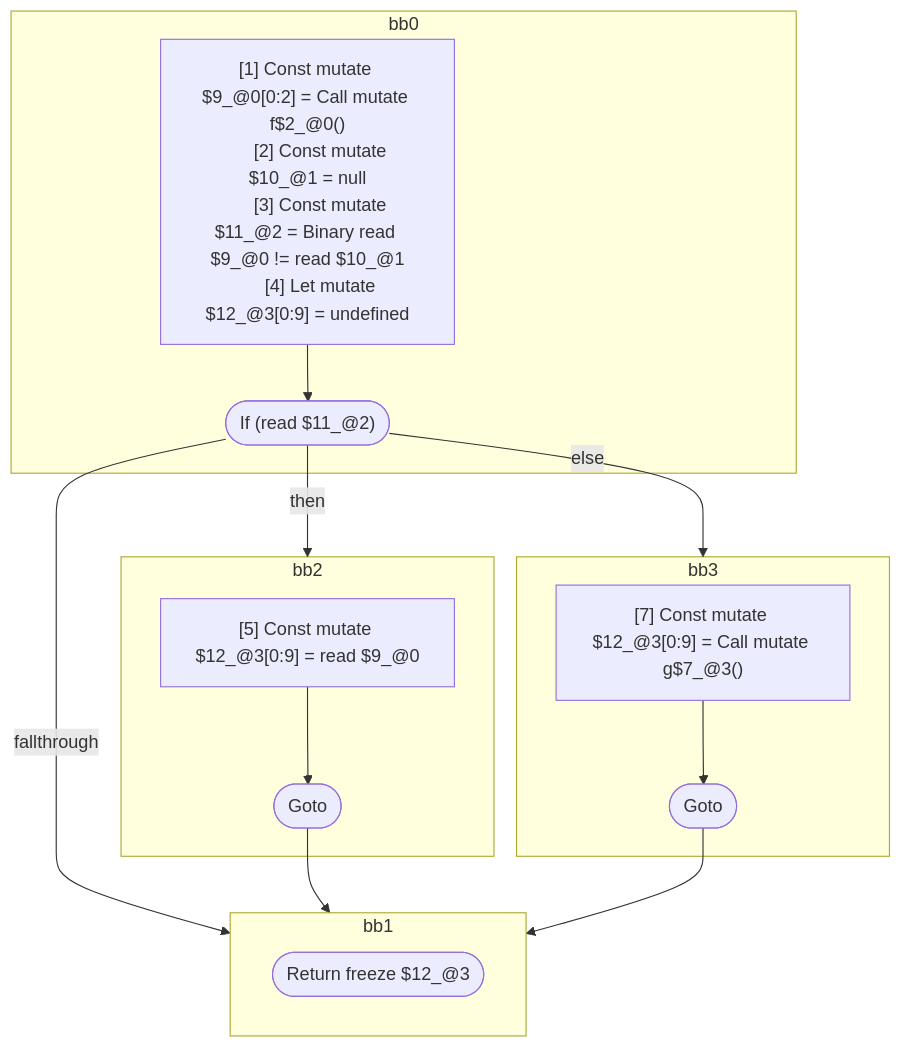
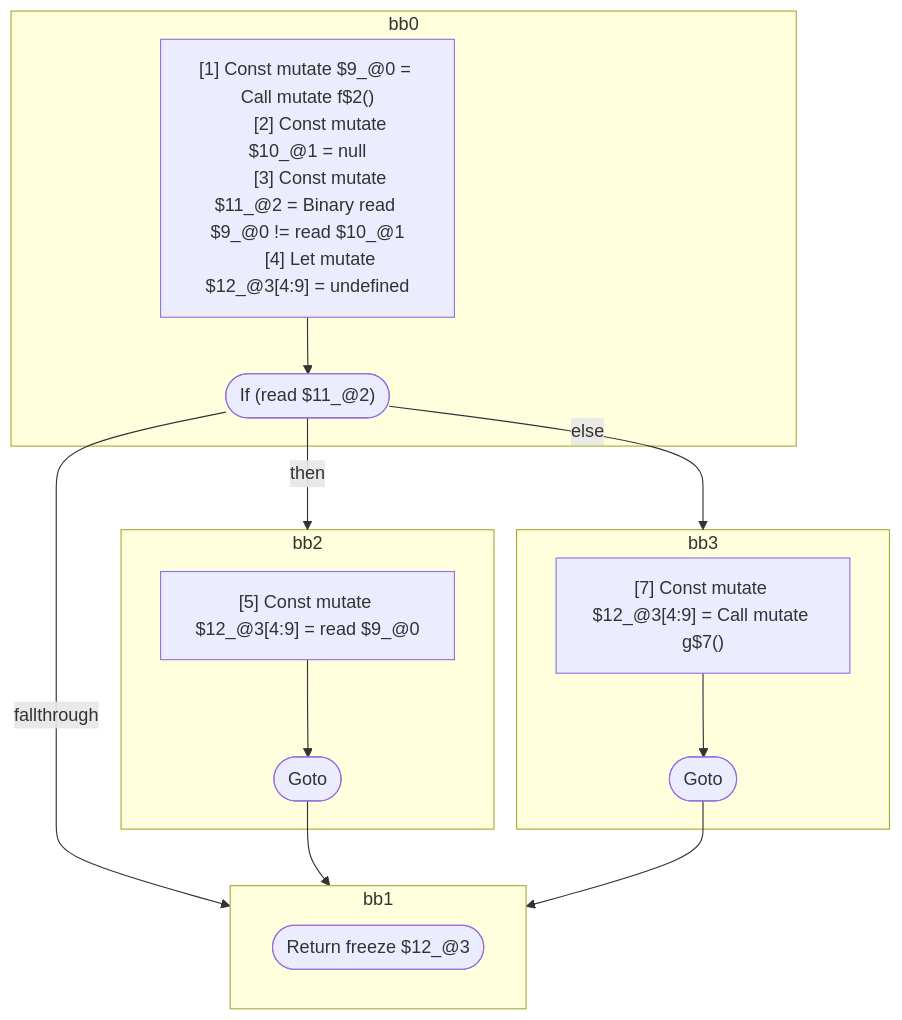
The third of 5 diagrams in compiler/forget/src/__tests__/fixtures/hir/logical-expression.expect.md (wutsmog/private), drawn with Mermaid before and after one commit. The commit also changed other lines of this file and 100 other files, not shown here.

````diff
--- a/compiler/forget/src/__tests__/fixtures/hir/logical-expression.expect.md
+++ b/compiler/forget/src/__tests__/fixtures/hir/logical-expression.expect.md
@@ -187,36 +260,36 @@
 ```mermaid
 flowchart TB
   %% Basic Blocks
   subgraph bb0
     bb0_instrs["
-      [1] Const mutate $9_@0[0:2] = Call mutate f$2_@0()
+      [1] Const mutate $9_@0 = Call mutate f$2()
       [2] Const mutate $10_@1 = null
       [3] Const mutate $11_@2 = Binary read $9_@0 != read $10_@1
-      [4] Let mutate $12_@3[0:9] = undefined
+      [4] Let mutate $12_@3[4:9] = undefined
     "]
     bb0_instrs --> bb0_terminal(["If (read $11_@2)"])
   end
   subgraph bb2
     bb2_instrs["
-      [5] Const mutate $12_@3[0:9] = read $9_@0
+      [5] Const mutate $12_@3[4:9] = read $9_@0
     "]
     bb2_instrs --> bb2_terminal(["Goto"])
   end
   subgraph bb3
     bb3_instrs["
-      [7] Const mutate $12_@3[0:9] = Call mutate g$7_@3()
+      [7] Const mutate $12_@3[4:9] = Call mutate g$7()
     "]
     bb3_instrs --> bb3_terminal(["Goto"])
   end
   subgraph bb1
     bb1_terminal(["Return freeze $12_@3"])
   end
 
   %% Jumps
   bb0_terminal -- "then" --> bb2
   bb0_terminal -- "else" --> bb3
   bb0_terminal -- "fallthrough" --> bb1
   bb2_terminal --> bb1
   bb3_terminal --> bb1
 
 ```
````
